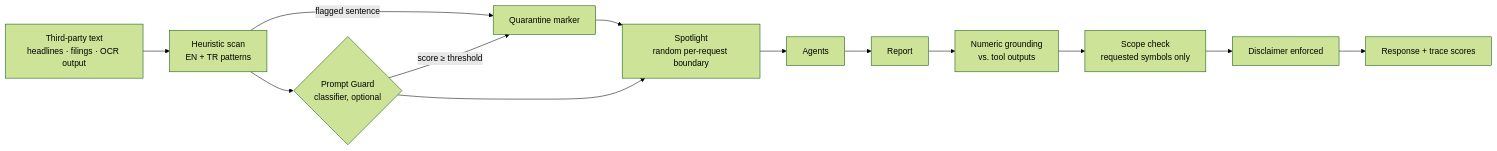
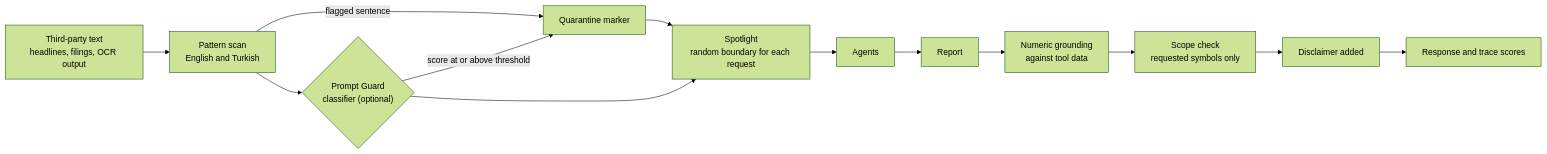
Diagram 11 of 18 in README.md (MuhammetAliVarlik/AgenticInvestingEngine), drawn with Mermaid (forest theme) before and after one commit. The commit also changed other lines of this file and 3 other files, not shown here.

First line of the commit message:
Rewrite the documentation in ASD-STE100 with Mermaid diagrams

````diff
--- a/README.md
+++ b/README.md
@@ -260,15 +470,15 @@
 ```mermaid
 flowchart LR
-    T[Third-party text<br/>headlines · filings · OCR output] --> H[Heuristic scan<br/>EN + TR patterns]
-    H -->|flagged sentence| Q[Quarantine marker]
-    H --> C{Prompt Guard<br/>classifier, optional}
-    C -->|score ≥ threshold| Q
-    C --> SP[Spotlight<br/>random per-request boundary]
+    T["Third-party text<br/>headlines, filings, OCR output"] --> H["Pattern scan<br/>English and Turkish"]
+    H -->|"flagged sentence"| Q["Quarantine marker"]
+    H --> C{"Prompt Guard<br/>classifier (optional)"}
+    C -->|"score at or above threshold"| Q
+    C --> SP["Spotlight<br/>random boundary for each request"]
     Q --> SP
-    SP --> A[Agents]
-    A --> R[Report]
-    R --> NG[Numeric grounding<br/>vs. tool outputs]
-    NG --> SC[Scope check<br/>requested symbols only]
-    SC --> DC[Disclaimer enforced]
-    DC --> OUT[Response + trace scores]
+    SP --> A["Agents"]
+    A --> R["Report"]
+    R --> NG["Numeric grounding<br/>against tool data"]
+    NG --> SC["Scope check<br/>requested symbols only"]
+    SC --> DC["Disclaimer added"]
+    DC --> OUT["Response and trace scores"]
 ```
````
